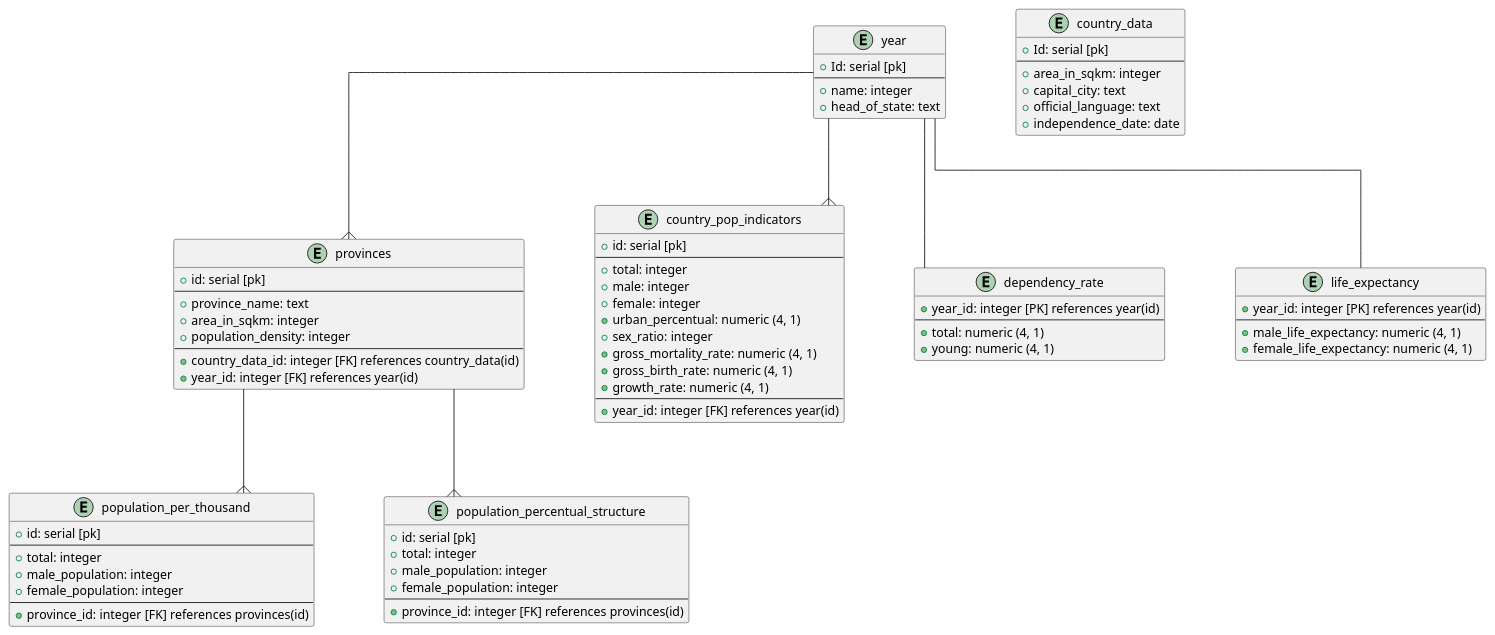
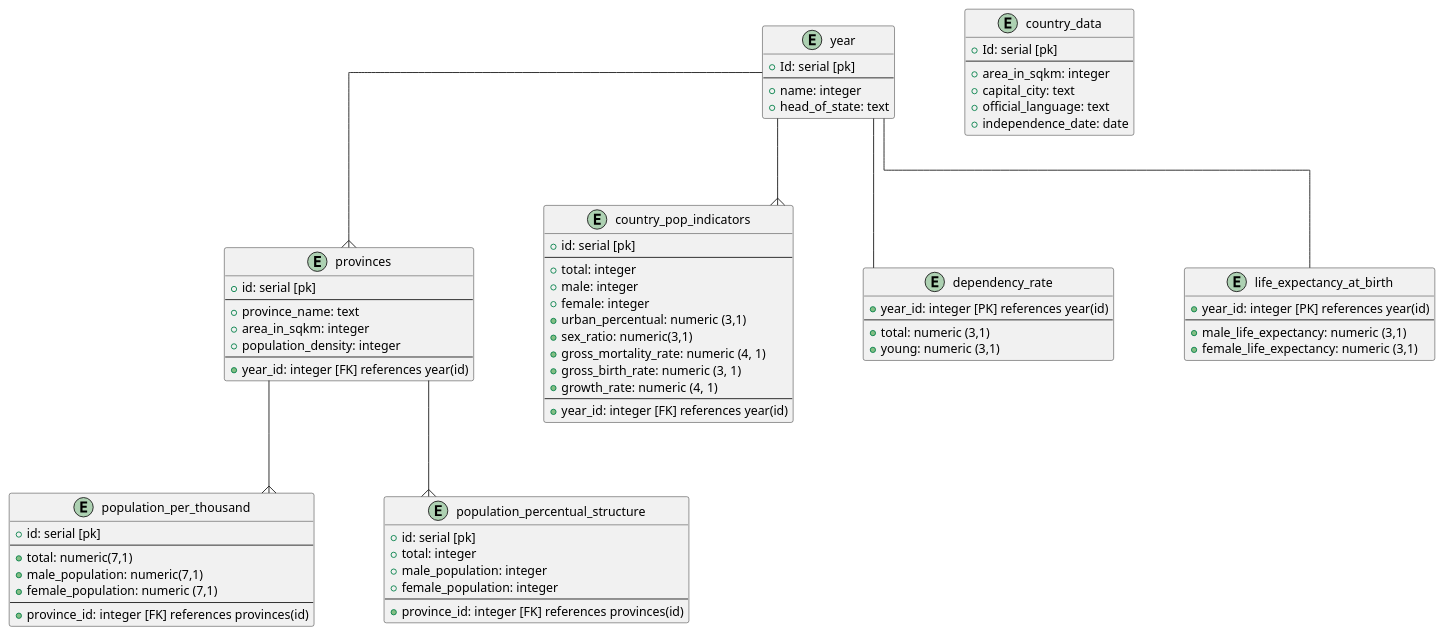
One commit to therakius/moz-demog-api changed the diagram in dbschema.puml. Above: the diagram before and after it, drawn with PlantUML.

Commit message:
fixed inadequate types

```diff
--- a/dbschema.puml
+++ b/dbschema.puml
@@ -1,98 +1,97 @@
 @startuml moz_database
 skinparam {
     Nodesep 80
     Ranksep 80
     Linetype ortho
 }
 
 skinparam entity {
     BackgroundColor LightBlue
     FontSize 14
     ArrowThickness 1
 }
 
 entity year {
     + Id: serial [pk]
     --
     + name: integer
     + head_of_state: text
 }
 
 entity country_data {
     + Id: serial [pk]
     --
     + area_in_sqkm: integer
     + capital_city: text
     + official_language: text
     + independence_date: date
 }
 
 entity provinces {
    + id: serial [pk]
    --
    + province_name: text
    + area_in_sqkm: integer
    + population_density: integer
    --
-   + country_data_id: integer [FK] references country_data(id)
    + year_id: integer [FK] references year(id)
 }
 
 entity population_per_thousand{
     + id: serial [pk]
     --
-    + total: integer
-    + male_population: integer
-    + female_population: integer
+    + total: numeric(7,1)
+    + male_population: numeric(7,1)
+    + female_population: numeric (7,1)
     --
     + province_id: integer [FK] references provinces(id)
 }
 
 entity population_percentual_structure {
     + id: serial [pk]
     + total: integer
     + male_population: integer
     + female_population: integer
     --
     + province_id: integer [FK] references provinces(id)
 }
 
 
 entity country_pop_indicators {
     + id: serial [pk]
     --
     + total: integer
     + male: integer
     + female: integer
-    + urban_percentual: numeric (4, 1)
-    + sex_ratio: integer
+    + urban_percentual: numeric (3,1)
+    + sex_ratio: numeric(3,1)
     + gross_mortality_rate: numeric (4, 1)
-    + gross_birth_rate: numeric (4, 1)
+    + gross_birth_rate: numeric (3, 1)
     + growth_rate: numeric (4, 1)
     --
     + year_id: integer [FK] references year(id)
 }
 
 entity dependency_rate {
     + year_id: integer [PK] references year(id)
     --
-    + total: numeric (4, 1)
-    + young: numeric (4, 1)
+    + total: numeric (3,1)
+    + young: numeric (3,1)
 }
 
-entity life_expectancy {
+entity life_expectancy_at_birth {
     + year_id: integer [PK] references year(id)
     --
-    + male_life_expectancy: numeric (4, 1)
-    + female_life_expectancy: numeric (4, 1)
+    + male_life_expectancy: numeric (3,1)
+    + female_life_expectancy: numeric (3,1)
 }
 
 'relashionships:
 year --{ provinces
 provinces --{ population_per_thousand
 provinces --{ population_percentual_structure
-year -- life_expectancy
+year -- life_expectancy_at_birth
 year --{ country_pop_indicators
 year -- dependency_rate
 
 @enduml
```
